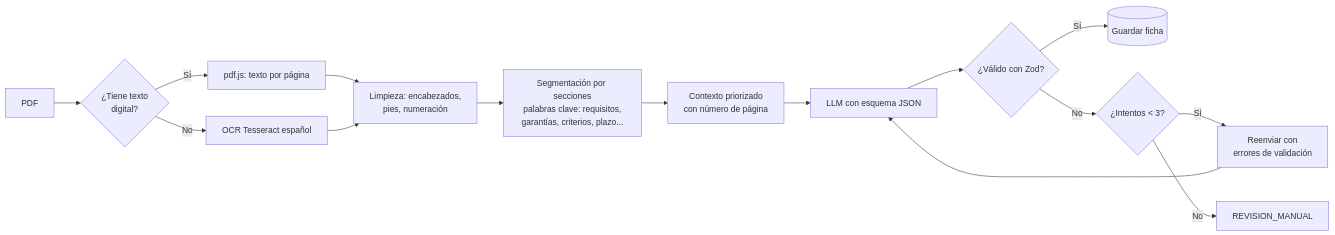
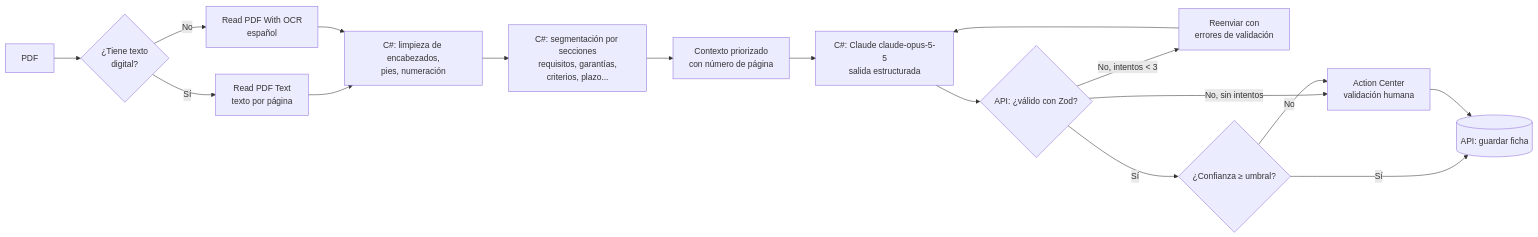
Before and after one commit to DenisArango/GuateComprasRPA: the diagram in docs/09-ia-extraccion.md, drawn with Mermaid. The commit also changed other lines of this file and 776 other files, not shown here.

````diff
--- a/docs/09-ia-extraccion.md
+++ b/docs/09-ia-extraccion.md
@@ -9,16 +11,18 @@
 ```mermaid
 flowchart LR
     A[PDF] --> B{¿Tiene texto<br/>digital?}
-    B -- Sí --> C[pdf.js: texto por página]
-    B -- No --> D[OCR Tesseract español]
-    C --> E[Limpieza: encabezados,<br/>pies, numeración]
+    B -- Sí --> C[Read PDF Text<br/>texto por página]
+    B -- No --> D[Read PDF With OCR<br/>español]
+    C --> E[C#: limpieza de encabezados,<br/>pies, numeración]
     D --> E
-    E --> F[Segmentación por secciones<br/>palabras clave: requisitos,<br/>garantías, criterios, plazo...]
+    E --> F[C#: segmentación por secciones<br/>requisitos, garantías,<br/>criterios, plazo...]
     F --> G[Contexto priorizado<br/>con número de página]
-    G --> H[LLM con esquema JSON]
-    H --> I{¿Válido con Zod?}
-    I -- Sí --> J[(Guardar ficha)]
-    I -- No --> K{¿Intentos < 3?}
-    K -- Sí --> L[Reenviar con<br/>errores de validación] --> H
-    K -- No --> M[REVISION_MANUAL]
+    G --> H[C#: Claude claude-opus-5-5<br/>salida estructurada]
+    H --> I{API: ¿válido con Zod?}
+    I -- No, intentos < 3 --> L[Reenviar con<br/>errores de validación] --> H
+    I -- No, sin intentos --> M[Action Center<br/>validación humana]
+    I -- Sí --> N{¿Confianza ≥ umbral?}
+    N -- No --> M
+    N -- Sí --> J[(API: guardar ficha)]
+    M --> J
 ```
````
